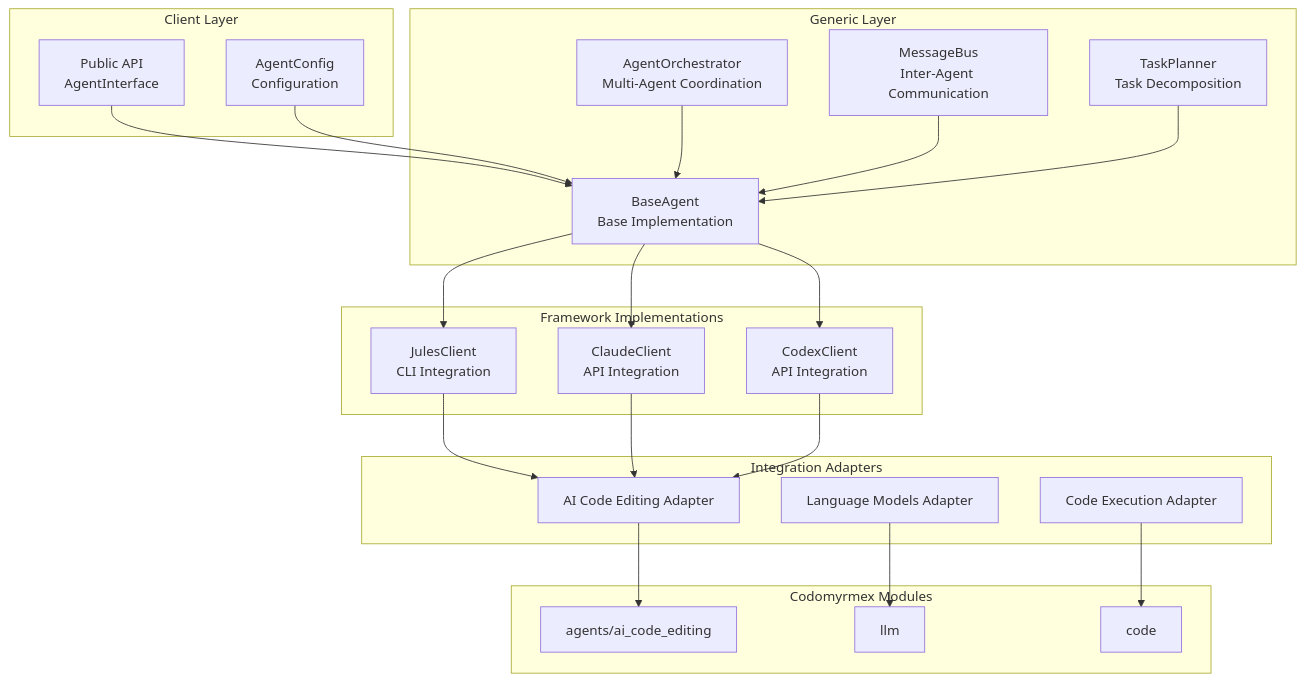
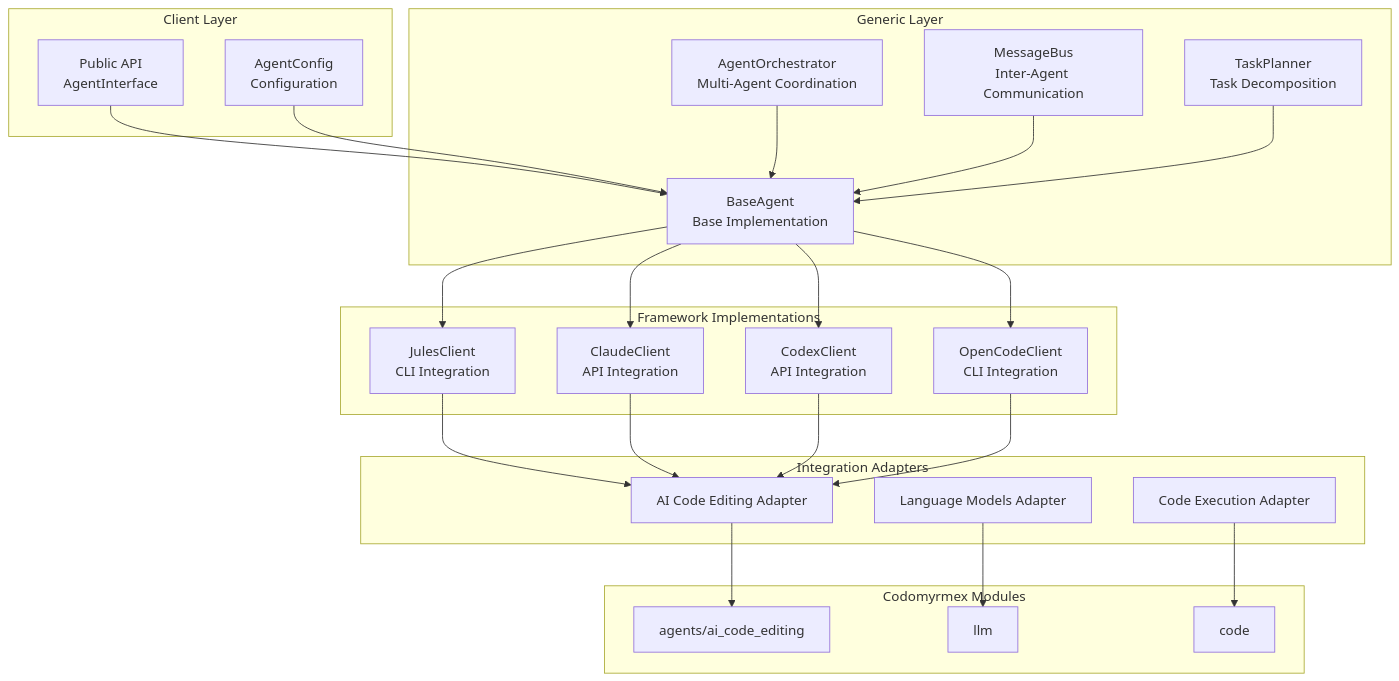
The diagram in src/codomyrmex/agents/README.md (docxology/codomyrmex), drawn with Mermaid before and after one commit. The commit also changed other lines of this file and 329 other files, not shown here.

````diff
--- a/src/codomyrmex/agents/README.md
+++ b/src/codomyrmex/agents/README.md
@@ -27,50 +28,53 @@
 ```mermaid
 graph TB
     subgraph "Client Layer"
         PublicAPI[Public API<br/>AgentInterface]
         Config[AgentConfig<br/>Configuration]
     end
 
     subgraph "Generic Layer"
         BaseAgent[BaseAgent<br/>Base Implementation]
         Orchestrator[AgentOrchestrator<br/>Multi-Agent Coordination]
         MessageBus[MessageBus<br/>Inter-Agent Communication]
         TaskPlanner[TaskPlanner<br/>Task Decomposition]
     end
 
     subgraph "Framework Implementations"
         Jules[JulesClient<br/>CLI Integration]
         Claude[ClaudeClient<br/>API Integration]
         Codex[CodexClient<br/>API Integration]
+        OpenCode[OpenCodeClient<br/>CLI Integration]
     end
 
     subgraph "Integration Adapters"
         AICodeAdapter[AI Code Editing Adapter]
         LLMAdapter[Language Models Adapter]
         ExecAdapter[Code Execution Adapter]
     end
 
     subgraph "Codomyrmex Modules"
         AICodeEditing[agents/ai_code_editing]
         LanguageModels[llm]
         CodeExecution[code]
     end
 
     PublicAPI --> BaseAgent
     Config --> BaseAgent
     BaseAgent --> Jules
     BaseAgent --> Claude
     BaseAgent --> Codex
+    BaseAgent --> OpenCode
 
     Orchestrator --> BaseAgent
     MessageBus --> BaseAgent
     TaskPlanner --> BaseAgent
 
     Jules --> AICodeAdapter
     Claude --> AICodeAdapter
     Codex --> AICodeAdapter
+    OpenCode --> AICodeAdapter
 
     AICodeAdapter --> AICodeEditing
     LLMAdapter --> LanguageModels
     ExecAdapter --> CodeExecution
 ```
````
